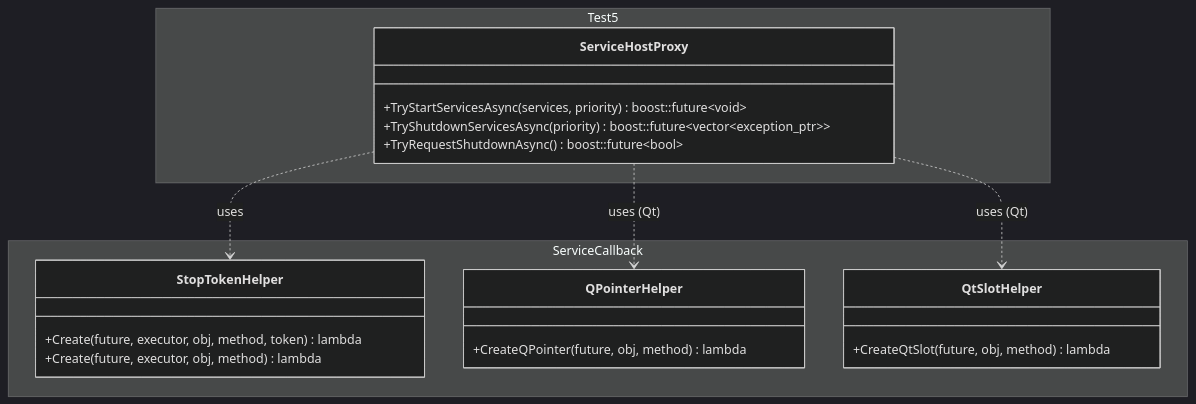
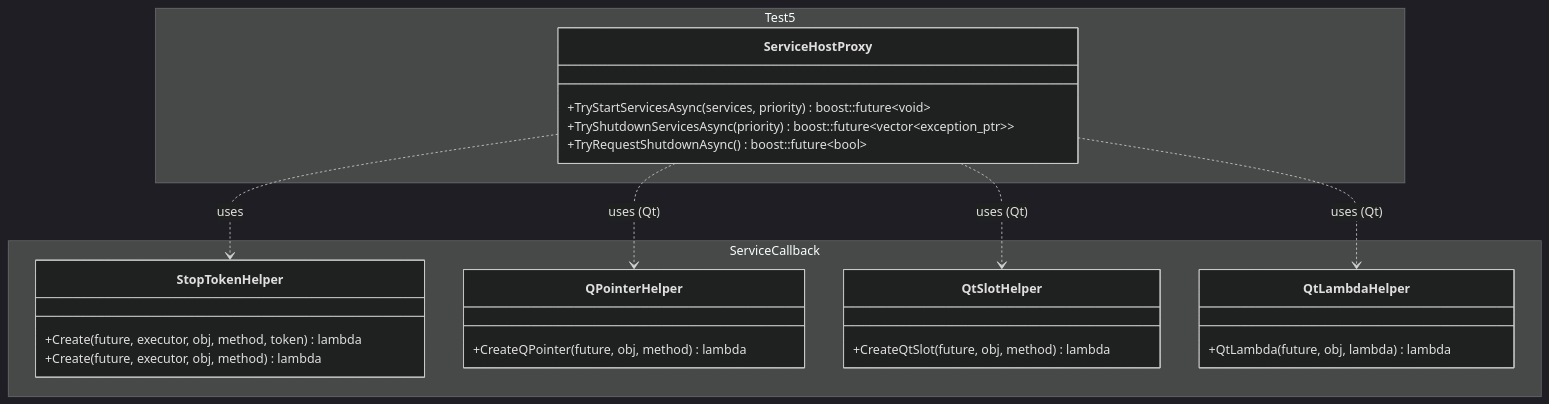
The diagram in include/Test5/README.md (Unarmed1000/ServiceFrameworkExperiments), drawn with Mermaid (dark theme) before and after one commit. The commit also changed other lines of this file and 1 other file, not shown here.

Commit message:
Add ServiceCallback_QtLambda: Implement lambda callback support for boost::future with Qt marshaling

````diff
--- a/include/Test5/README.md
+++ b/include/Test5/README.md
@@ -38,29 +38,34 @@
 ```mermaid
 classDiagram
     namespace Test5 {
         class ServiceHostProxy {
             +TryStartServicesAsync(services, priority) boost::future~void~
             +TryShutdownServicesAsync(priority) boost::future~vector~exception_ptr~~
             +TryRequestShutdownAsync() boost::future~bool~
         }
     }
 
 namespace ServiceCallback {
         class StopTokenHelper {
             +Create(future, executor, obj, method, token) lambda
             +Create(future, executor, obj, method) lambda
         }
 
         class QPointerHelper {
             +CreateQPointer(future, obj, method) lambda
         }
 
         class QtSlotHelper {
             +CreateQtSlot(future, obj, method) lambda
         }
+
+        class QtLambdaHelper {
+            +QtLambda(future, obj, lambda) lambda
+        }
     }
 
     ServiceHostProxy ..> StopTokenHelper : uses
     ServiceHostProxy ..> QPointerHelper : uses (Qt)
     ServiceHostProxy ..> QtSlotHelper : uses (Qt)
+    ServiceHostProxy ..> QtLambdaHelper : uses (Qt)
 ```
````
